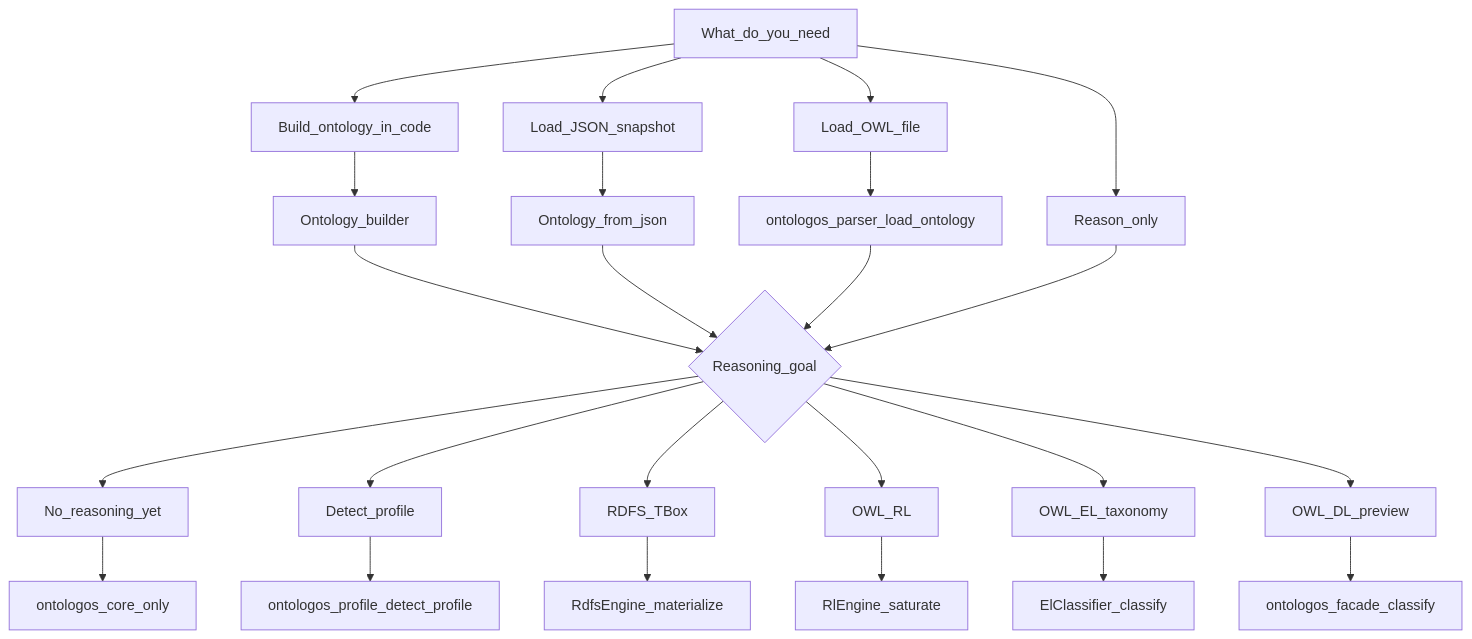
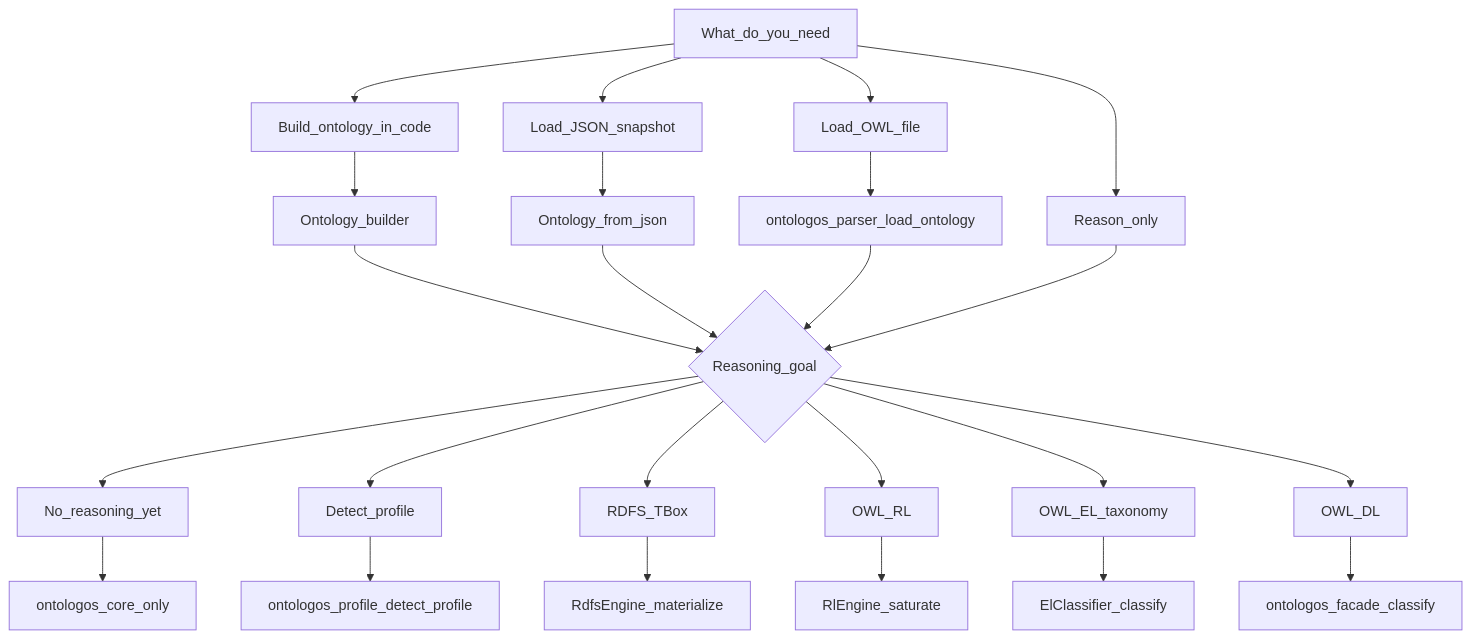
Before and after one commit to eddiethedean/ontologos: the diagram in docs/guides/choosing-an-api.md, drawn with Mermaid. The commit also changed other lines of this file and 56 other files, not shown here.

````diff
--- a/docs/guides/choosing-an-api.md
+++ b/docs/guides/choosing-an-api.md
@@ -7,31 +7,31 @@
 ```mermaid
 flowchart TD
   start[What_do_you_need]
   start --> buildCode[Build_ontology_in_code]
   start --> loadFile[Load_OWL_file]
   start --> jsonSnap[Load_JSON_snapshot]
   start --> reasonOnly[Reason_only]
 
   buildCode --> builder[Ontology_builder]
   jsonSnap --> fromJson[Ontology_from_json]
   loadFile --> loadOnt[ontologos_parser_load_ontology]
 
   builder --> goal{Reasoning_goal}
   fromJson --> goal
   loadOnt --> goal
   reasonOnly --> goal
 
   goal --> none[No_reasoning_yet]
   goal --> profile[Detect_profile]
   goal --> rdfsGoal[RDFS_TBox]
   goal --> rlGoal[OWL_RL]
   goal --> elGoal[OWL_EL_taxonomy]
-  goal --> dlGoal[OWL_DL_preview]
+  goal --> dlGoal[OWL_DL]
 
   none --> coreOnly[ontologos_core_only]
   profile --> detect[ontologos_profile_detect_profile]
   rdfsGoal --> rdfsEng[RdfsEngine_materialize]
   rlGoal --> rlEng[RlEngine_saturate]
   elGoal --> elEng[ElClassifier_classify]
   dlGoal --> facadeEng[ontologos_facade_classify]
 ```
````
